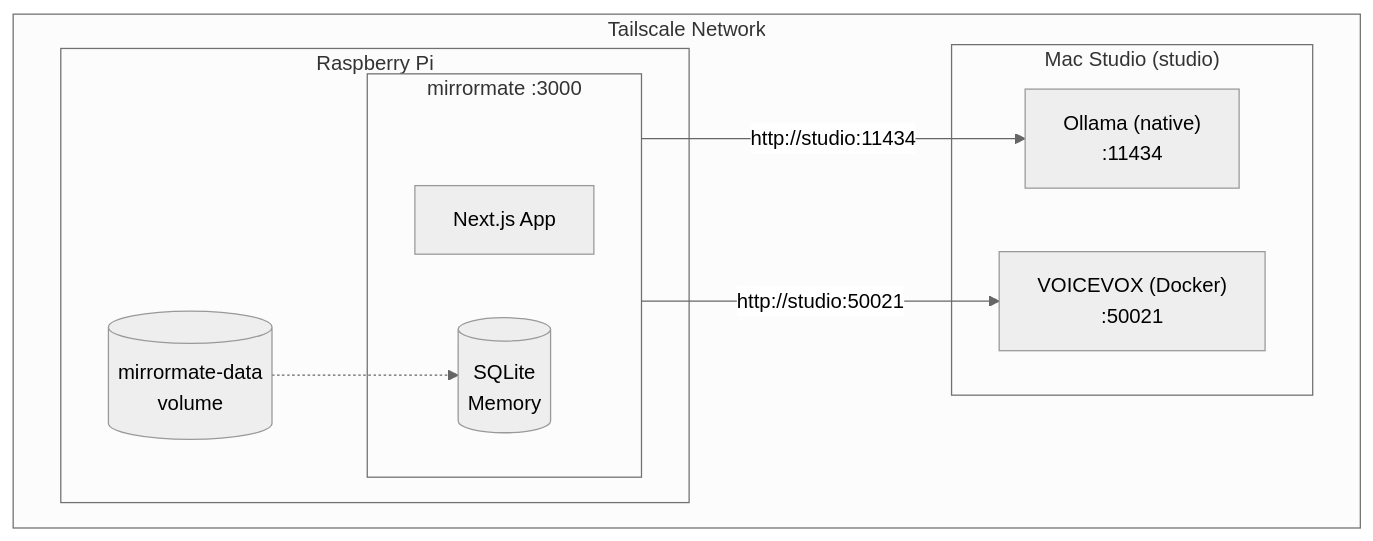
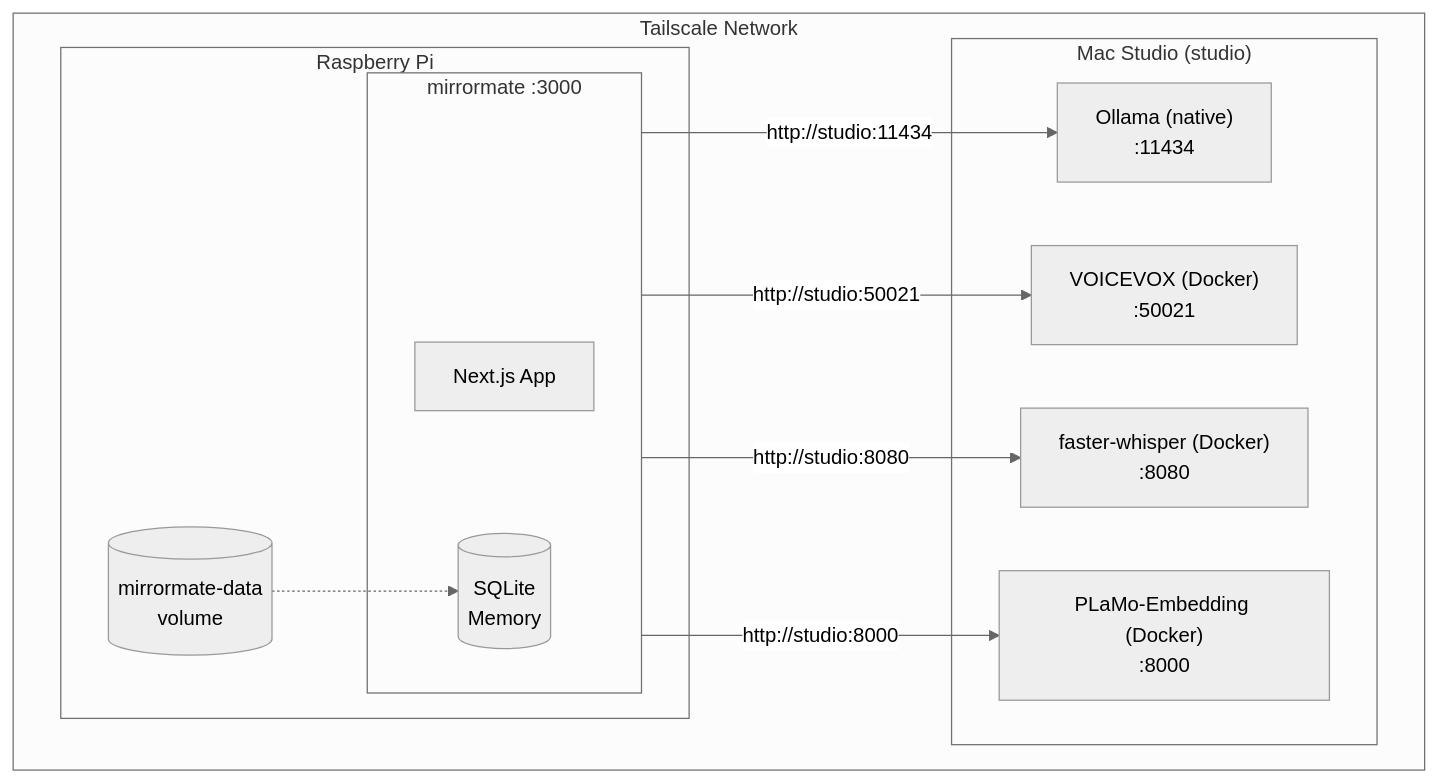
The diagram in docs/guide/docker.md (orangekame3/mirrormate), drawn with Mermaid (neutral theme) before and after one commit. The commit also changed other lines of this file and 14 other files, not shown here.

````diff
--- a/docs/guide/docker.md
+++ b/docs/guide/docker.md
@@ -9,20 +9,24 @@
 ```mermaid
 flowchart TB
     subgraph Tailscale["Tailscale Network"]
         subgraph Studio["Mac Studio (studio)"]
             Ollama["Ollama (native)<br/>:11434"]
             VOICEVOX["VOICEVOX (Docker)<br/>:50021"]
+            Whisper["faster-whisper (Docker)<br/>:8080"]
+            PLaMo["PLaMo-Embedding (Docker)<br/>:8000"]
         end
 
         subgraph RPi["Raspberry Pi"]
             subgraph MM["mirrormate :3000"]
                 App["Next.js App"]
                 SQLite[(SQLite<br/>Memory)]
             end
             Volume[("mirrormate-data<br/>volume")] -.-> SQLite
         end
 
         MM -->|http://studio:11434| Ollama
         MM -->|http://studio:50021| VOICEVOX
+        MM -->|http://studio:8080| Whisper
+        MM -->|http://studio:8000| PLaMo
     end
 ```
````
